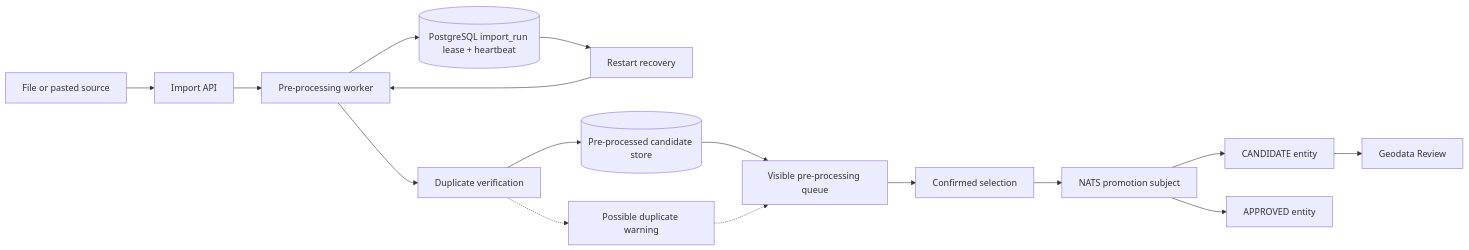
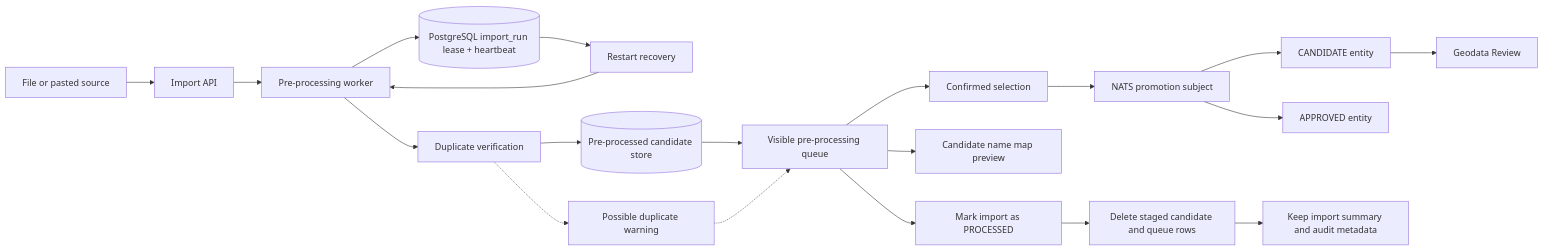
One commit to myota-platform/myota-docs changed the diagram in docs/diagrams/geodata-import-validation.md. Above: the diagram before and after it, drawn with Mermaid. The commit also changed 1 other file, not shown here.

Commit message:
Document import finalization and map previews
Describe the explicit PROCESSED cleanup lifecycle, retained import summaries, staged-row deletion boundaries, and the candidate location preview in the architecture and validation diagram.

````diff
--- a/docs/diagrams/geodata-import-validation.md
+++ b/docs/diagrams/geodata-import-validation.md
@@ -7,18 +7,22 @@
 ```mermaid
 flowchart LR
   Source[File or pasted source] --> Intake[Import API]
   Intake --> Pre[Pre-processing worker]
   Pre --> Lease[(PostgreSQL import_run lease + heartbeat)]
   Lease --> Recover[Restart recovery]
   Recover --> Pre
   Pre --> Dedup[Duplicate verification]
   Dedup --> Store[(Pre-processed candidate store)]
   Dedup -.-> Warning[Possible duplicate warning]
   Store --> Admin[Visible pre-processing queue]
   Warning -.-> Admin
   Admin --> Validate[Confirmed selection]
   Validate --> NATS[NATS promotion subject]
   NATS --> Candidate[CANDIDATE entity]
   NATS --> Approved[APPROVED entity]
   Candidate --> Review[Geodata Review]
+  Admin --> Preview[Candidate name map preview]
+  Admin --> Finalize[Mark import as PROCESSED]
+  Finalize --> Cleanup[Delete staged candidate and queue rows]
+  Cleanup --> Summary[Keep import summary and audit metadata]
 ```
````
